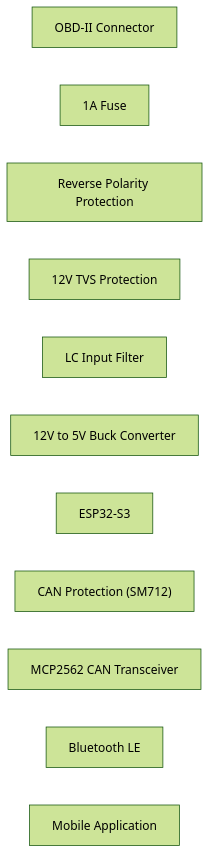
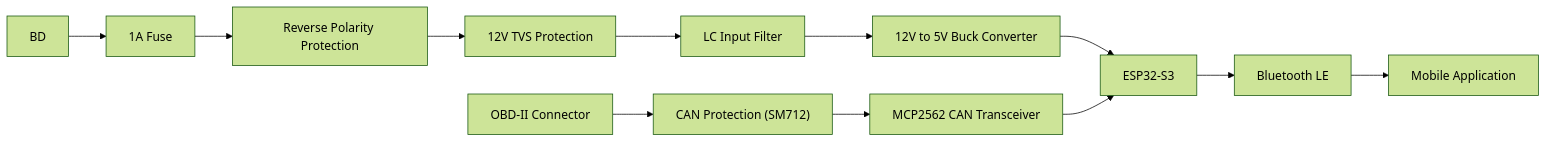
Before and after one commit to franknaw/OBD-Smart-Delay-Adapter: the first of 4 diagrams in guager_specs.md, drawn with Mermaid (forest theme).

````diff
--- a/guager_specs.md
+++ b/guager_specs.md
@@ -26,15 +26,31 @@
 ```mermaid
 flowchart LR
 
 OBD["OBD-II Connector"]
 FUSE["1A Fuse"]
 RPMOS["Reverse Polarity Protection"]
 TVS12["12V TVS Protection"]
 FILTER["LC Input Filter"]
 BUCK["12V to 5V Buck Converter"]
 ESP32["ESP32-S3"]
 CANTVS["CAN Protection (SM712)"]
 CAN["MCP2562 CAN Transceiver"]
 BLE["Bluetooth LE"]
 PHONE["Mobile Application"]
+
+BD --> FUSE
+FUSE --> RPMOS
+RPMOS --> TVS12
+TVS12 --> FILTER
+FILTER --> BUCK
+BUCK --> ESP32
+
+OBD --> CANTVS
+CANTVS --> CAN
+CAN --> ESP32
+
+ESP32 --> BLE
+BLE --> PHONE
+
+
 ```
````
